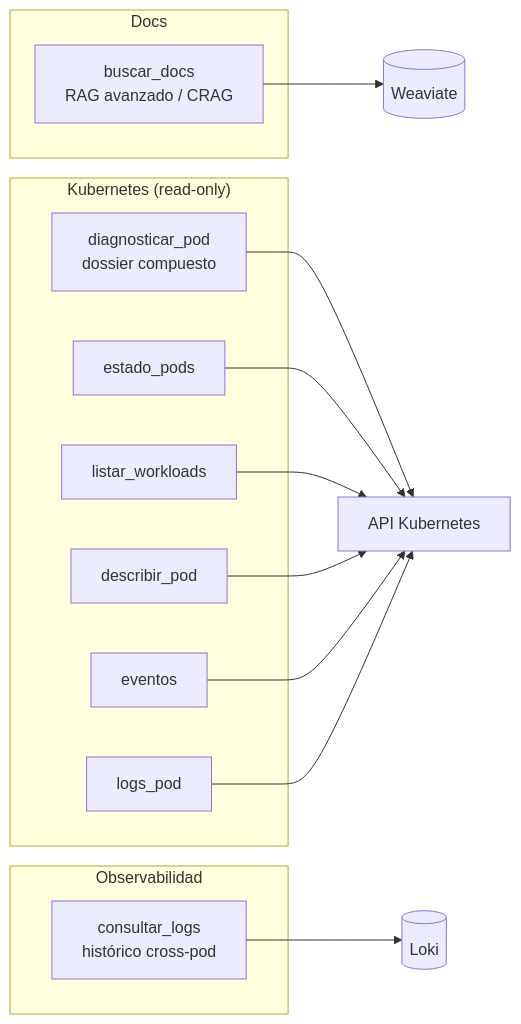
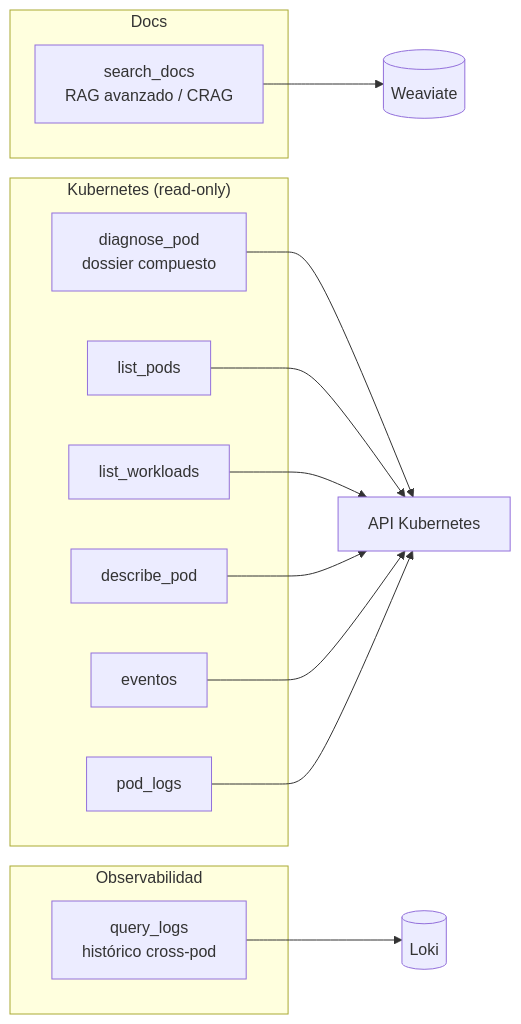
One commit to mikel0ne/ai-platform-portfolio changed the first of 2 diagrams in autoops/docs/arquitectura/03-tools-mcp.md. Above: the diagram before and after it, drawn with Mermaid. The commit also changed other lines of this file and 102 other files, not shown here.

````diff
--- a/autoops/docs/arquitectura/03-tools-mcp.md
+++ b/autoops/docs/arquitectura/03-tools-mcp.md
@@ -10,20 +10,20 @@
 ```mermaid
 flowchart LR
     subgraph Docs
-        BD[buscar_docs<br/>RAG avanzado / CRAG]
+        BD[search_docs<br/>RAG avanzado / CRAG]
     end
     subgraph Kubernetes["Kubernetes (read-only)"]
-        DP[diagnosticar_pod<br/>dossier compuesto]
-        EP[estado_pods]
-        LW[listar_workloads]
-        DE[describir_pod]
+        DP[diagnose_pod<br/>dossier compuesto]
+        EP[list_pods]
+        LW[list_workloads]
+        DE[describe_pod]
         EV[eventos]
-        LP[logs_pod]
+        LP[pod_logs]
     end
     subgraph Observabilidad
-        CL[consultar_logs<br/>histórico cross-pod]
+        CL[query_logs<br/>histórico cross-pod]
     end
     BD --> WV[(Weaviate)]
     DP & EP & LW & DE & EV & LP --> K[API Kubernetes]
     CL --> LK[(Loki)]
 ```
````
